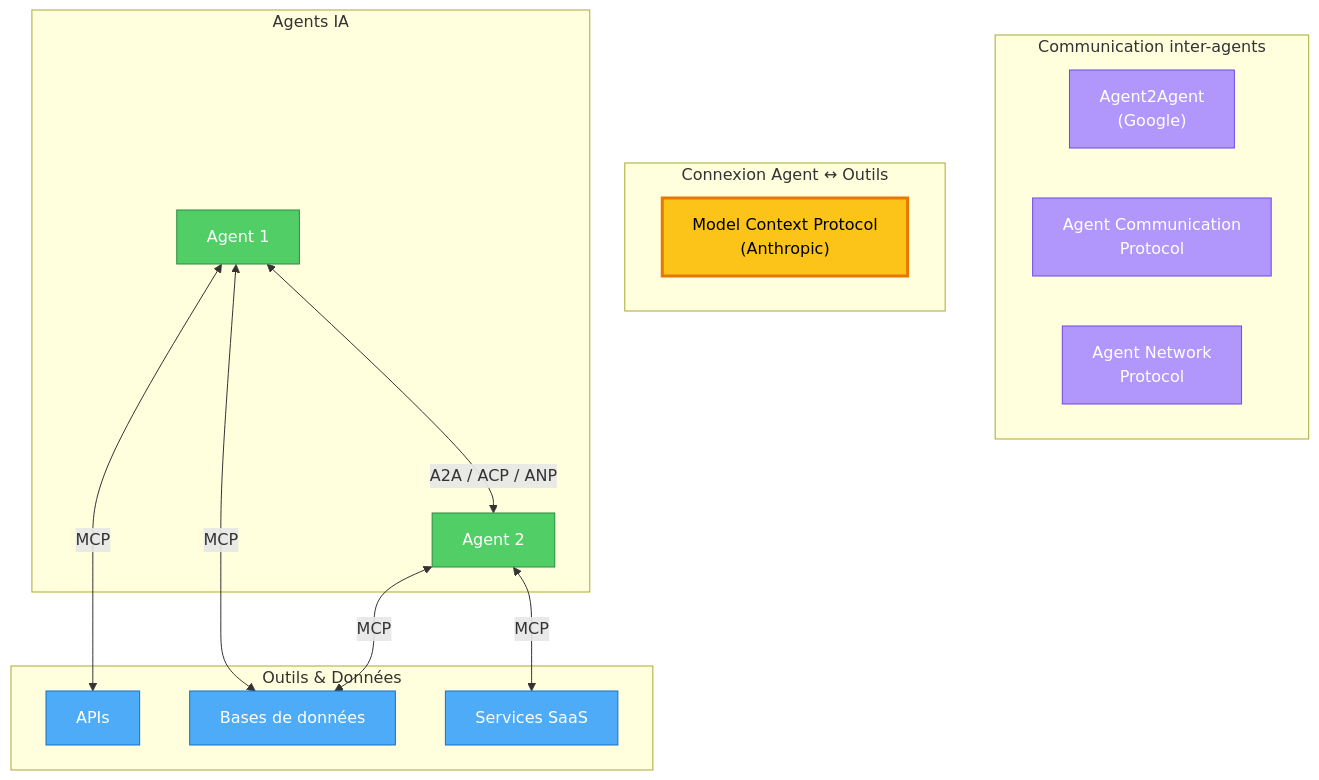
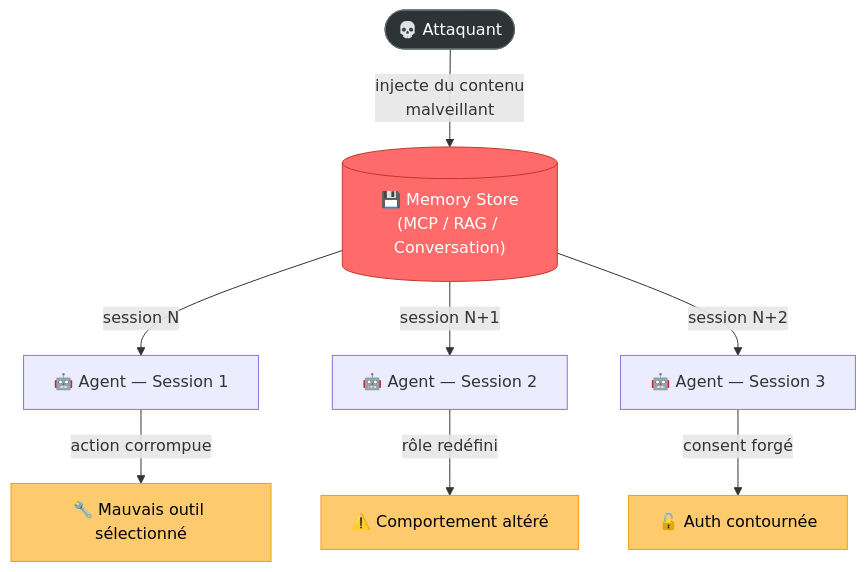
One commit to pi-2r/devoxxfr2026-workshop-jailbreak-prompt-injection-mcp-poisoning changed the eighth of 9 diagrams in step_11.md. Above: the diagram before and after it, drawn with Mermaid. The commit also changed other lines of this file and 11 other files, not shown here.

````diff
--- a/step_11.md
+++ b/step_11.md
@@ -189,39 +391,18 @@
 ```mermaid
 graph TB
-    subgraph "Communication inter-agents"
-        A2A["Agent2Agent\n(Google)"]
-        ACP["Agent Communication\nProtocol"]
-        ANP["Agent Network\nProtocol"]
-    end
+    ATK(["💀 Attaquant"]) -->|"injecte du contenu<br/>malveillant"| MEM[("💾 Memory Store<br/>(MCP / RAG / Conversation)")]
 
-    subgraph "Connexion Agent ↔ Outils"
-        MCP["Model Context Protocol\n(Anthropic)"]
-    end
+    MEM -->|"session N"| A1["🤖 Agent — Session 1"]
+    MEM -->|"session N+1"| A2["🤖 Agent — Session 2"]
+    MEM -->|"session N+2"| A3["🤖 Agent — Session 3"]
 
-    subgraph "Agents IA"
-        AG1["Agent 1"]
-        AG2["Agent 2"]
-    end
+    A1 -->|"action corrompue"| T1["🔧 Mauvais outil sélectionné"]
+    A2 -->|"rôle redéfini"| T2["⚠️ Comportement altéré"]
+    A3 -->|"consent forgé"| T3["🔓 Auth contournée"]
 
-    subgraph "Outils & Données"
-        TOOL1["APIs"]
-        TOOL2["Bases de données"]
-        TOOL3["Services SaaS"]
-    end
-
-    AG1 <-->|"A2A / ACP / ANP"| AG2
-    AG1 <-->|"MCP"| TOOL1
-    AG1 <-->|"MCP"| TOOL2
-    AG2 <-->|"MCP"| TOOL2
-    AG2 <-->|"MCP"| TOOL3
-
-    style MCP fill:#fcc419,stroke:#e67700,color:#000,stroke-width:3px
-    style A2A fill:#b197fc,stroke:#7048e8,color:#fff
-    style ACP fill:#b197fc,stroke:#7048e8,color:#fff
-    style ANP fill:#b197fc,stroke:#7048e8,color:#fff
-    style AG1 fill:#51cf66,stroke:#2b8a3e,color:#fff
-    style AG2 fill:#51cf66,stroke:#2b8a3e,color:#fff
-    style TOOL1 fill:#4dabf7,stroke:#1971c2,color:#fff
-    style TOOL2 fill:#4dabf7,stroke:#1971c2,color:#fff
-    style TOOL3 fill:#4dabf7,stroke:#1971c2,color:#fff
+    style ATK fill:#2d3436,stroke:#636e72,color:#fff
+    style MEM fill:#ff6b6b,stroke:#c0392b,color:#fff
+    style T1 fill:#fdcb6e,stroke:#f39c12,color:#000
+    style T2 fill:#fdcb6e,stroke:#f39c12,color:#000
+    style T3 fill:#fdcb6e,stroke:#f39c12,color:#000
 ```
````
